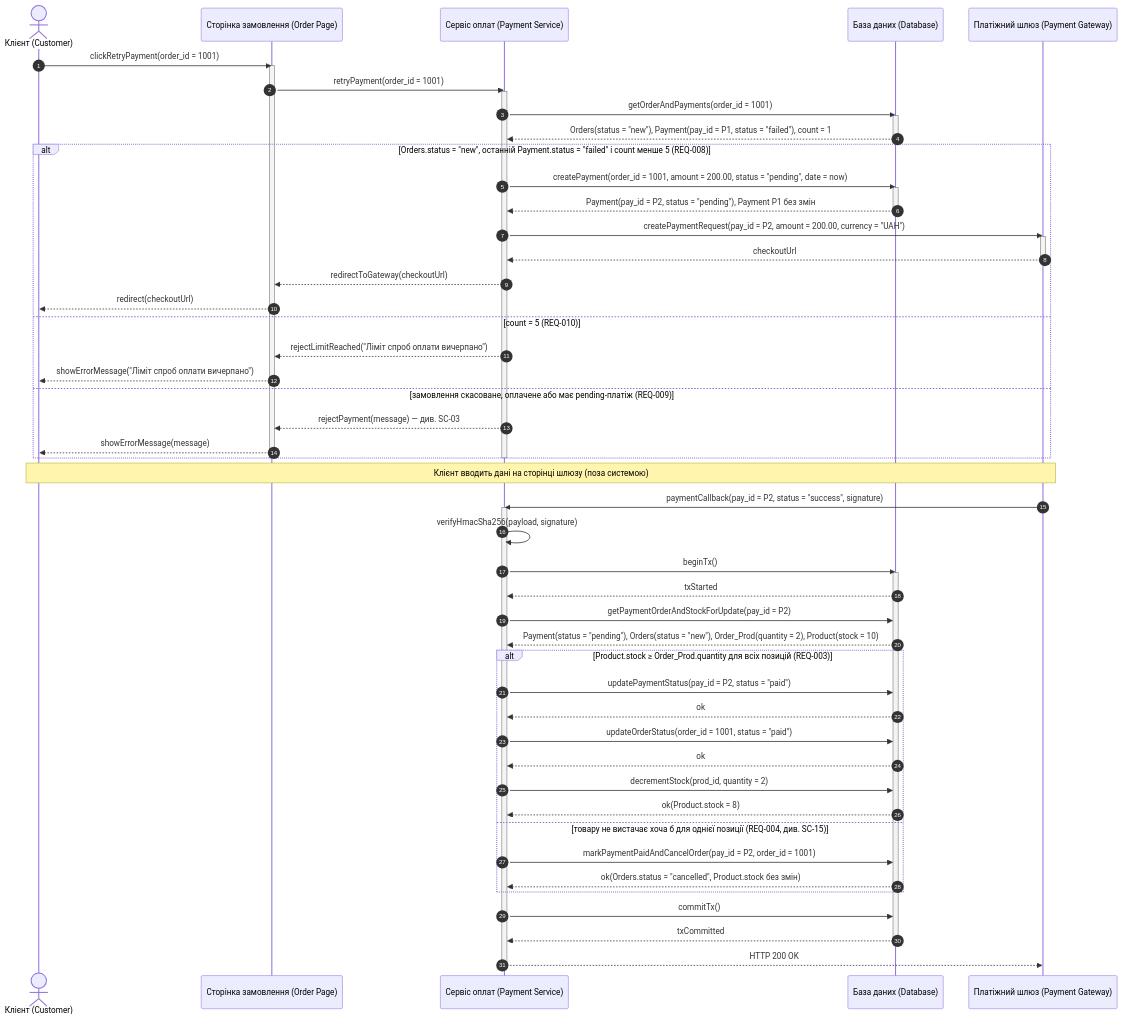
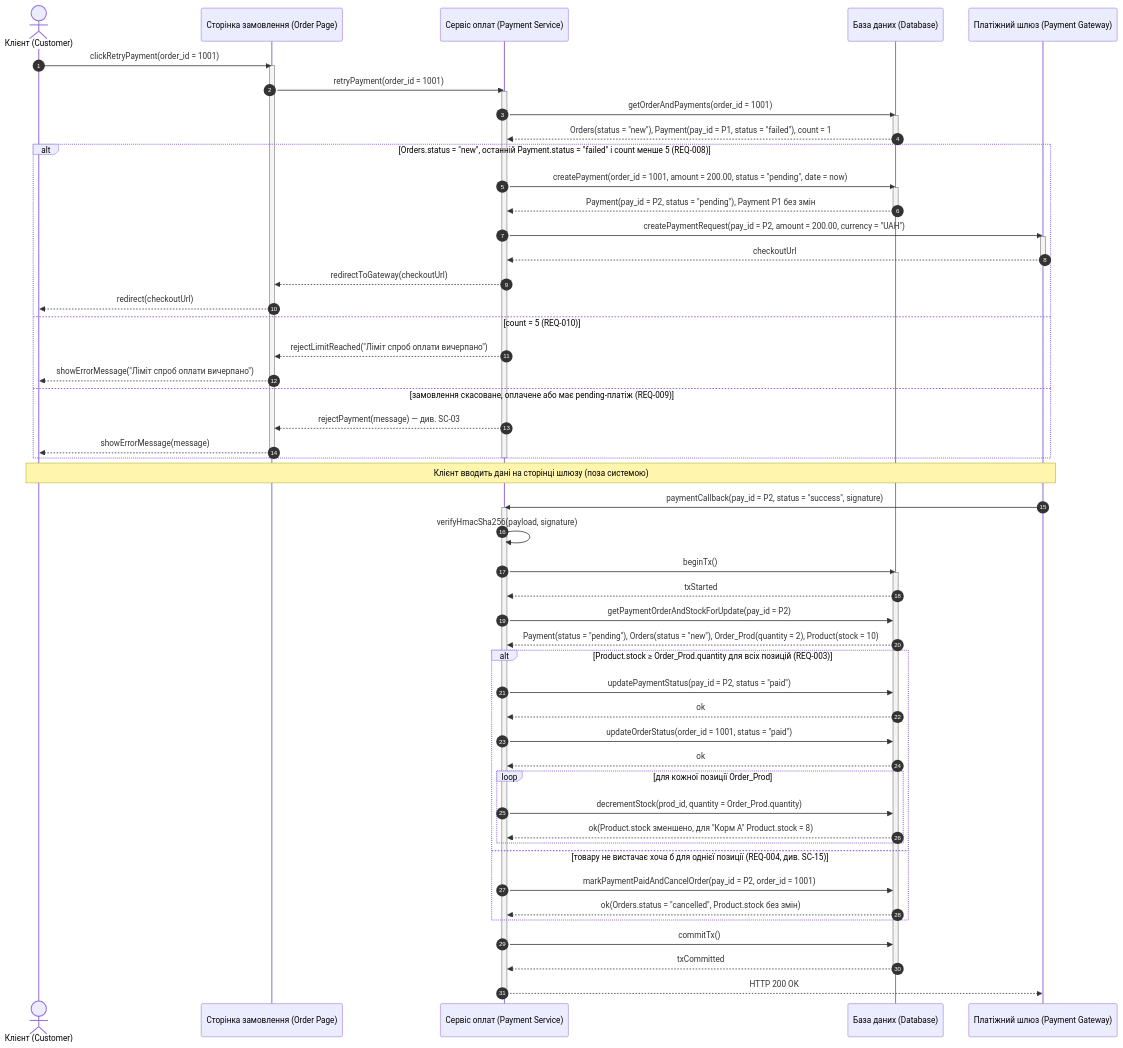
One commit to hutnichs/KPI_MAVPZ changed the second of 15 diagrams in Lab3/diagram.md. Above: the diagram before and after it, drawn with Mermaid. The commit also changed other lines of this file and 1 other file, not shown here.

Commit message:
Refactor sequence diagrams for payment processing and prompt added

````diff
--- a/Lab3/diagram.md
+++ b/Lab3/diagram.md
@@ -76,66 +78,68 @@
 ```mermaid
 sequenceDiagram
     autonumber
     actor Customer as Клієнт (Customer)
     participant Page as Сторінка замовлення (Order Page)
     participant PS as Сервіс оплат (Payment Service)
     participant DB as База даних (Database)
     participant PGW as Платіжний шлюз (Payment Gateway)
 
     Customer->>Page: clickRetryPayment(order_id = 1001)
     activate Page
     Page->>PS: retryPayment(order_id = 1001)
     activate PS
     PS->>DB: getOrderAndPayments(order_id = 1001)
     activate DB
     DB-->>PS: Orders(status = "new"), Payment(pay_id = P1, status = "failed"), count = 1
     deactivate DB
 
     alt Orders.status = "new", останній Payment.status = "failed" і count менше 5 (REQ-008)
         PS->>DB: createPayment(order_id = 1001, amount = 200.00, status = "pending", date = now)
         activate DB
         DB-->>PS: Payment(pay_id = P2, status = "pending"), Payment P1 без змін
         deactivate DB
         PS->>PGW: createPaymentRequest(pay_id = P2, amount = 200.00, currency = "UAH")
         activate PGW
         PGW-->>PS: checkoutUrl
         deactivate PGW
         PS-->>Page: redirectToGateway(checkoutUrl)
         Page-->>Customer: redirect(checkoutUrl)
     else count = 5 (REQ-010)
         PS-->>Page: rejectLimitReached("Ліміт спроб оплати вичерпано")
         Page-->>Customer: showErrorMessage("Ліміт спроб оплати вичерпано")
     else замовлення скасоване, оплачене або має pending-платіж (REQ-009)
         PS-->>Page: rejectPayment(message) — див. SC-03
         Page-->>Customer: showErrorMessage(message)
     end
     deactivate PS
     deactivate Page
 
     Note over Customer,PGW: Клієнт вводить дані на сторінці шлюзу (поза системою)
 
     PGW->>PS: paymentCallback(pay_id = P2, status = "success", signature)
     activate PS
     PS->>PS: verifyHmacSha256(payload, signature)
     PS->>DB: beginTx()
     activate DB
     DB-->>PS: txStarted
     PS->>DB: getPaymentOrderAndStockForUpdate(pay_id = P2)
     DB-->>PS: Payment(status = "pending"), Orders(status = "new"), Order_Prod(quantity = 2), Product(stock = 10)
     alt Product.stock ≥ Order_Prod.quantity для всіх позицій (REQ-003)
         PS->>DB: updatePaymentStatus(pay_id = P2, status = "paid")
         DB-->>PS: ok
         PS->>DB: updateOrderStatus(order_id = 1001, status = "paid")
         DB-->>PS: ok
-        PS->>DB: decrementStock(prod_id, quantity = 2)
-        DB-->>PS: ok(Product.stock = 8)
+        loop для кожної позиції Order_Prod
+            PS->>DB: decrementStock(prod_id, quantity = Order_Prod.quantity)
+            DB-->>PS: ok(Product.stock зменшено, для "Корм А" Product.stock = 8)
+        end
     else товару не вистачає хоча б для однієї позиції (REQ-004, див. SC-15)
         PS->>DB: markPaymentPaidAndCancelOrder(pay_id = P2, order_id = 1001)
         DB-->>PS: ok(Orders.status = "cancelled", Product.stock без змін)
     end
     PS->>DB: commitTx()
     DB-->>PS: txCommitted
     deactivate DB
     PS-->>PGW: HTTP 200 OK
     deactivate PS
 ```
````
